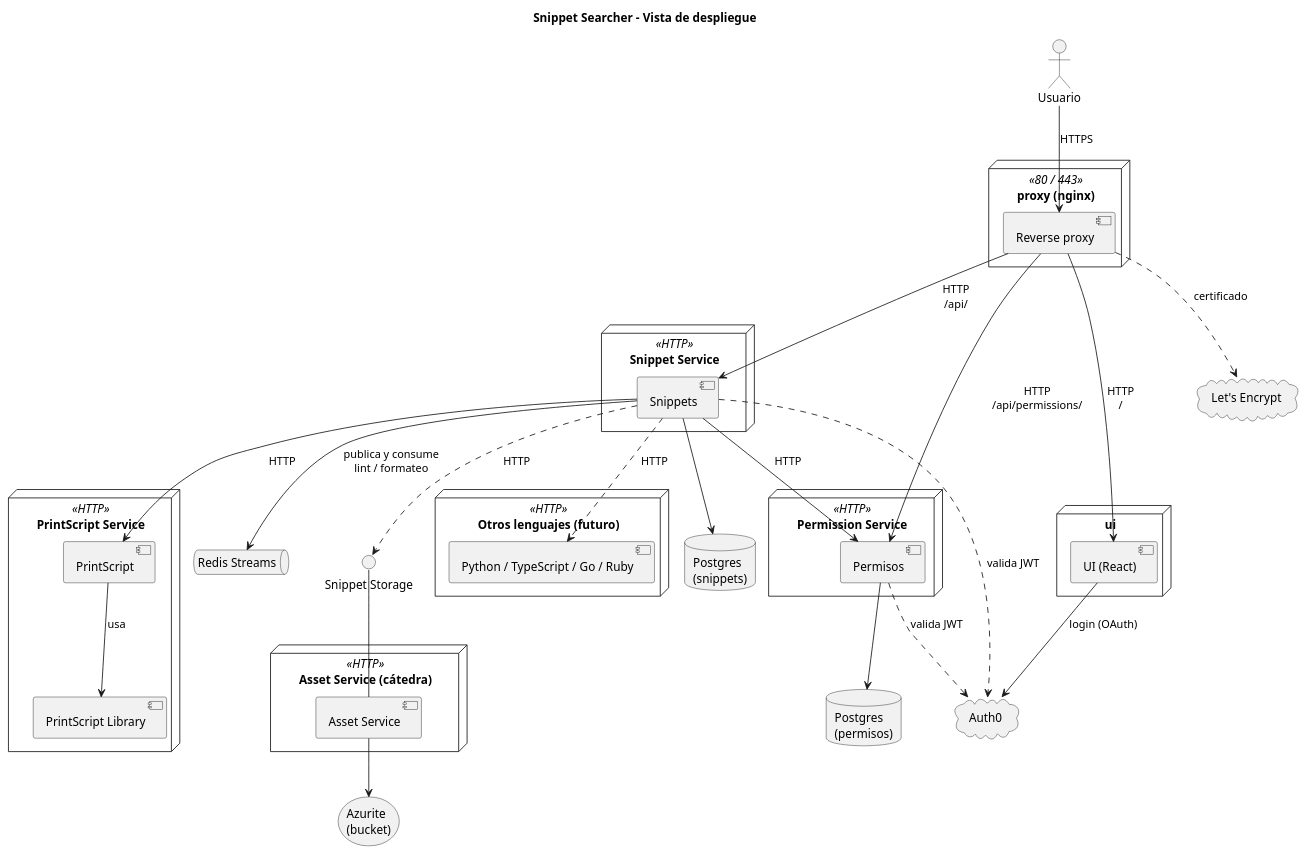
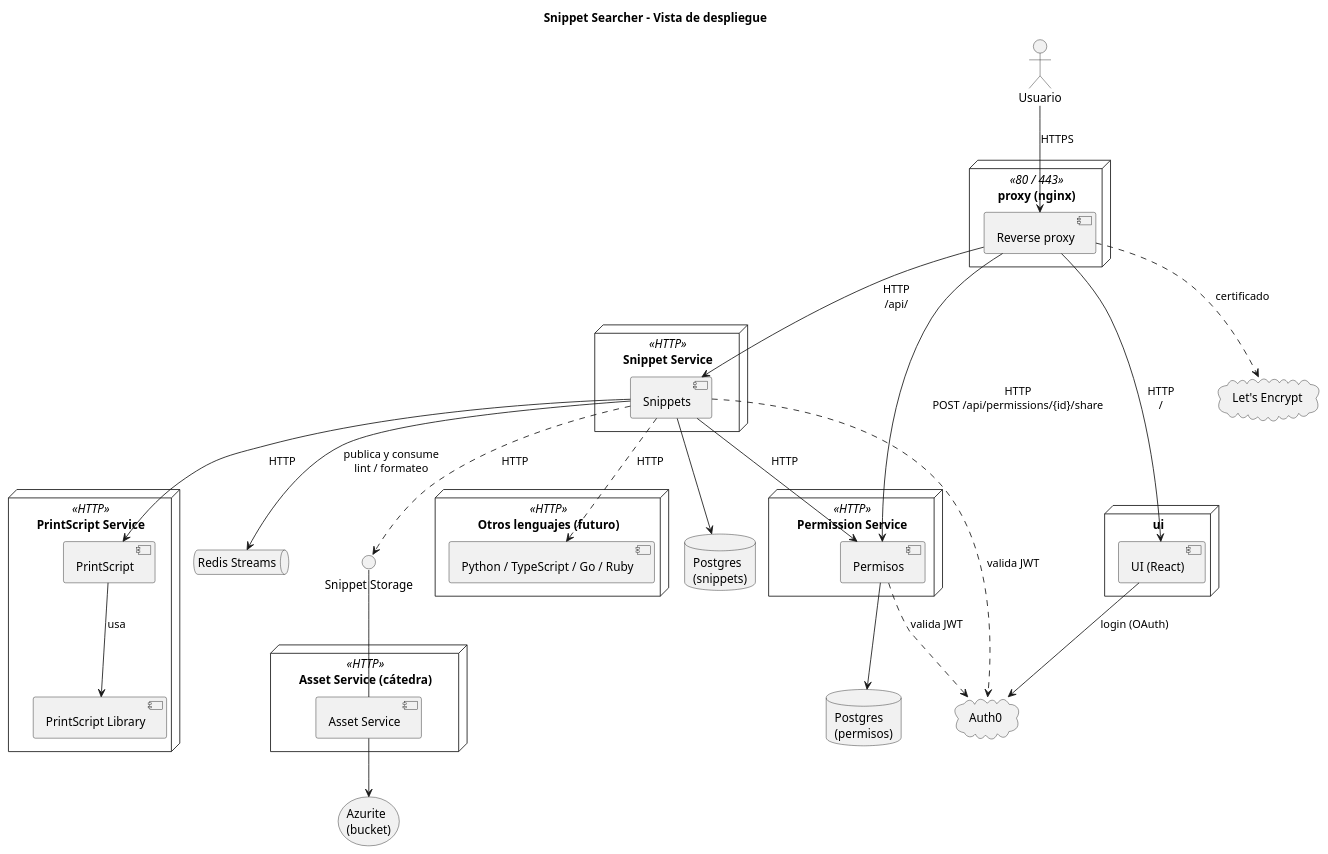
The diagram in docs/diagramas/componentes-despliegue.puml (MartinaCousido/SnippetSearcher), drawn with PlantUML before and after one commit. The commit also changed 2 other files, not shown here.

Commit message:
docs: el proxy publica de Permisos solo compartir
De Permission Service, el proxy pasa a publicar solo
POST /api/permissions/{id}/share, que es lo único que usa la UI. El
resto de sus endpoints los usa Snippet Service por la red interna, y
/api/actuator tampoco se publica. Se actualizan la tabla de rutas del
contrato con la UI, la vista de despliegue y su diagrama.

Refs: MartinaCousido/SnippetSearcher-infra#31

```diff
--- a/docs/diagramas/componentes-despliegue.puml
+++ b/docs/diagramas/componentes-despliegue.puml
@@ -1,75 +1,75 @@
 @startuml componentes-despliegue
 ' Vista de despliegue: cada módulo corre como un servicio independiente
 ' que expone una API HTTP, con su propia base de datos cuando la necesita.
 ' El código de los snippets se guarda en un bucket, no en Postgres.
 ' Solo Snippets usa el Snippet Storage: a los lenguajes les manda el código.
 ' Todo entra por el proxy (nginx), con HTTPS. Adentro de la red, HTTP.
 
 title Snippet Searcher - Vista de despliegue
 skinparam componentStyle uml2
 
 actor Usuario
 
 cloud "Auth0" as Auth0
 cloud "Let's Encrypt" as LE
 
 node "proxy (nginx)" <<80 / 443>> as ProxyNode {
   component "Reverse proxy" as Proxy
 }
 
 node "ui" as UINode {
   component "UI (React)" as UI
 }
 
 node "Permission Service" <<HTTP>> {
   component Permisos
 }
 database "Postgres\n(permisos)" as PermDB
 
 node "Snippet Service" <<HTTP>> {
   component Snippets
 }
 database "Postgres\n(snippets)" as SnipDB
 
 node "PrintScript Service" <<HTTP>> as PSNode {
   component PrintScript
   component "PrintScript Library" as PSLib
 }
 
 node "Otros lenguajes (futuro)" <<HTTP>> as OtrosNode {
   component "Python / TypeScript / Go / Ruby" as Otros
 }
 
 interface "Snippet Storage" as Storage
 node "Asset Service (cátedra)" <<HTTP>> {
   component "Asset Service" as BucketSvc
 }
 storage "Azurite\n(bucket)" as Bucket
 
 queue "Redis Streams" as Redis
 
 Usuario --> Proxy : HTTPS
 Proxy --> UI : HTTP\n/
 Proxy --> Snippets : HTTP\n/api/
-Proxy --> Permisos : HTTP\n/api/permissions/
+Proxy --> Permisos : HTTP\nPOST /api/permissions/{id}/share
 Proxy ..> LE : certificado
 UI --> Auth0 : login (OAuth)
 
 Snippets --> Permisos : HTTP
 Snippets --> PrintScript : HTTP
 Snippets ..> Otros : HTTP
 Snippets --> SnipDB
 Permisos --> PermDB
 
 PrintScript --> PSLib : usa
 
 Snippets ..> Storage : HTTP
 Snippets --> Redis : publica y consume\nlint / formateo
 
 BucketSvc -up- Storage
 BucketSvc --> Bucket
 
 Snippets ..> Auth0 : valida JWT
 Permisos ..> Auth0 : valida JWT
 
 @enduml
```
